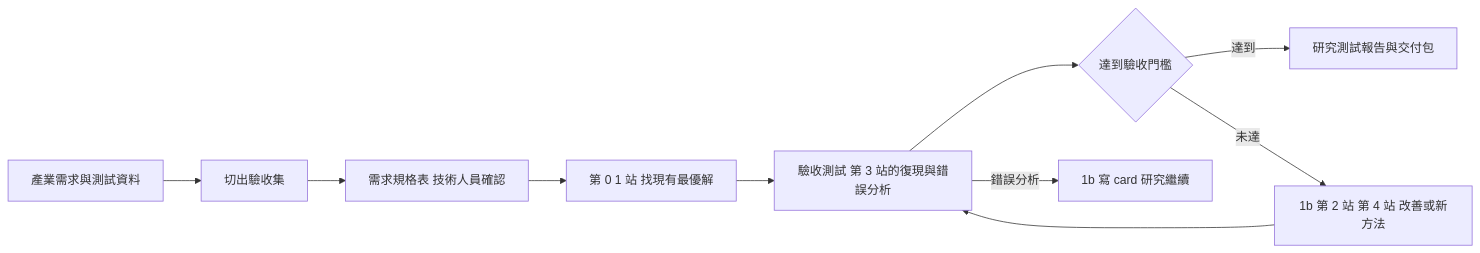
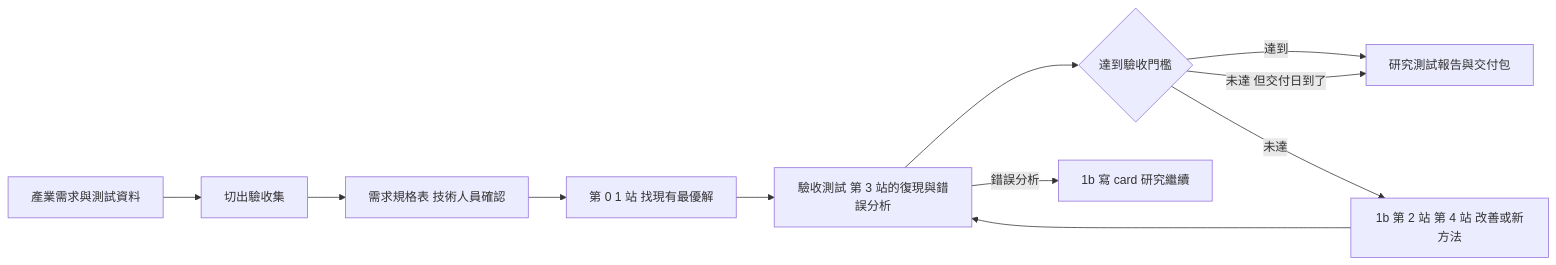
The diagram in guides/industry_project/industry_track.md (SigSpeechAI-NTNU/Lab-Hub), drawn with Mermaid before and after one commit. The commit also changed other lines of this file and 11 other files, not shown here.

````diff
--- a/guides/industry_project/industry_track.md
+++ b/guides/industry_project/industry_track.md
@@ -51,12 +54,13 @@
 ```mermaid
 flowchart LR
   R[產業需求與測試資料] --> V[切出驗收集]
   V --> S[需求規格表 技術人員確認]
   S --> D[第 0 1 站 找現有最優解]
   D --> A[驗收測試 第 3 站的復現與錯誤分析]
   A --> J{達到驗收門檻}
   J -->|達到| T[研究測試報告與交付包]
   J -->|未達| C[1b 第 2 站 第 4 站 改善或新方法]
+  J -->|未達 但交付日到了| T
   C --> A
   A -->|錯誤分析| N[1b 寫 card 研究繼續]
 ```
````
